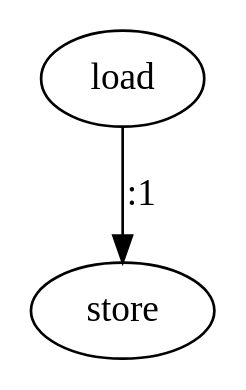
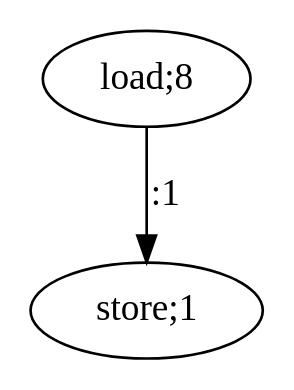
Before and after one commit to nikhilsambhus/MASc-graphDots: the diagram in rnet18_4.dot, drawn with Graphviz. The commit also changed 51 other files, not shown here.

```diff
--- a/rnet18_4.dot
+++ b/rnet18_4.dot
@@ -1,6 +1,6 @@
 digraph  {
-   0 [label="load"];
-   1 [label="store"];
+   0 [label="load;8"];
+   1 [label="store;1"];
 
    0->1 [label=":1"]
 }
```
